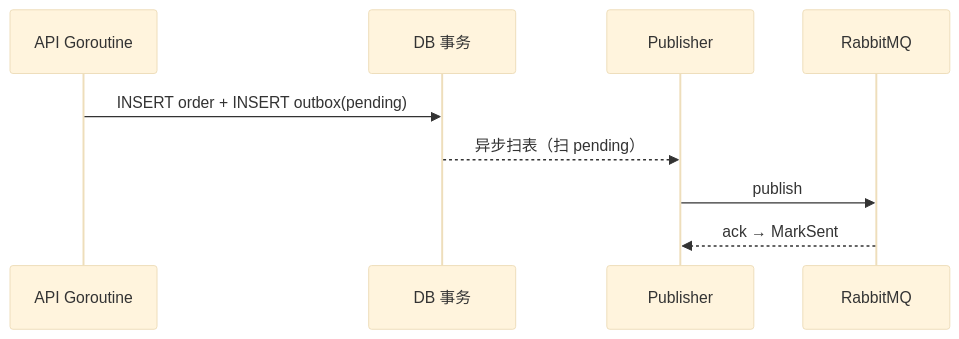
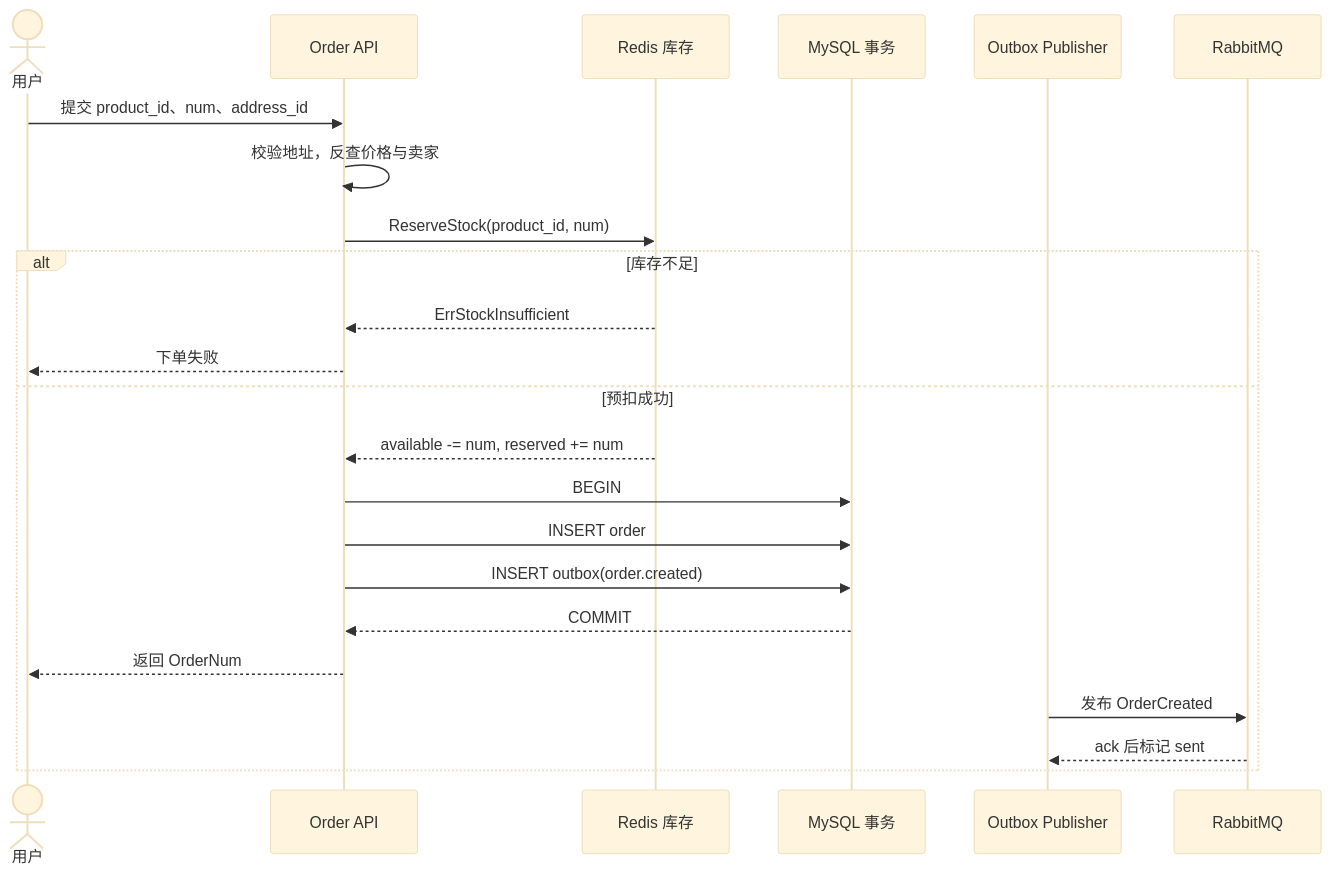
One commit to RedInn7/gomall changed the second of 2 diagrams in docs/lecture/04-cart-to-order.md. Above: the diagram before and after it, drawn with Mermaid (base theme). The commit also changed other lines of this file and 2 other files, not shown here.

````diff
--- a/docs/lecture/04-cart-to-order.md
+++ b/docs/lecture/04-cart-to-order.md
@@ -324,12 +131,26 @@
 ```mermaid
 sequenceDiagram
-    participant API as API Goroutine
-    participant TX as DB 事务
-    participant Pub as Publisher
+    actor User as 用户
+    participant API as Order API
+    participant Redis as Redis 库存
+    participant DB as MySQL 事务
+    participant Outbox as Outbox Publisher
     participant MQ as RabbitMQ
 
-    API->>TX: INSERT order + INSERT outbox(pending)
-    TX-->>Pub: 异步扫表（扫 pending）
-    Pub->>MQ: publish
-    MQ-->>Pub: ack → MarkSent
+    User->>API: 提交 product_id、num、address_id
+    API->>API: 校验地址，反查价格与卖家
+    API->>Redis: ReserveStock(product_id, num)
+    alt 库存不足
+        Redis-->>API: ErrStockInsufficient
+        API-->>User: 下单失败
+    else 预扣成功
+        Redis-->>API: available -= num, reserved += num
+        API->>DB: BEGIN
+        API->>DB: INSERT order
+        API->>DB: INSERT outbox(order.created)
+        DB-->>API: COMMIT
+        API-->>User: 返回 OrderNum
+        Outbox->>MQ: 发布 OrderCreated
+        MQ-->>Outbox: ack 后标记 sent
+    end
 ```
````
